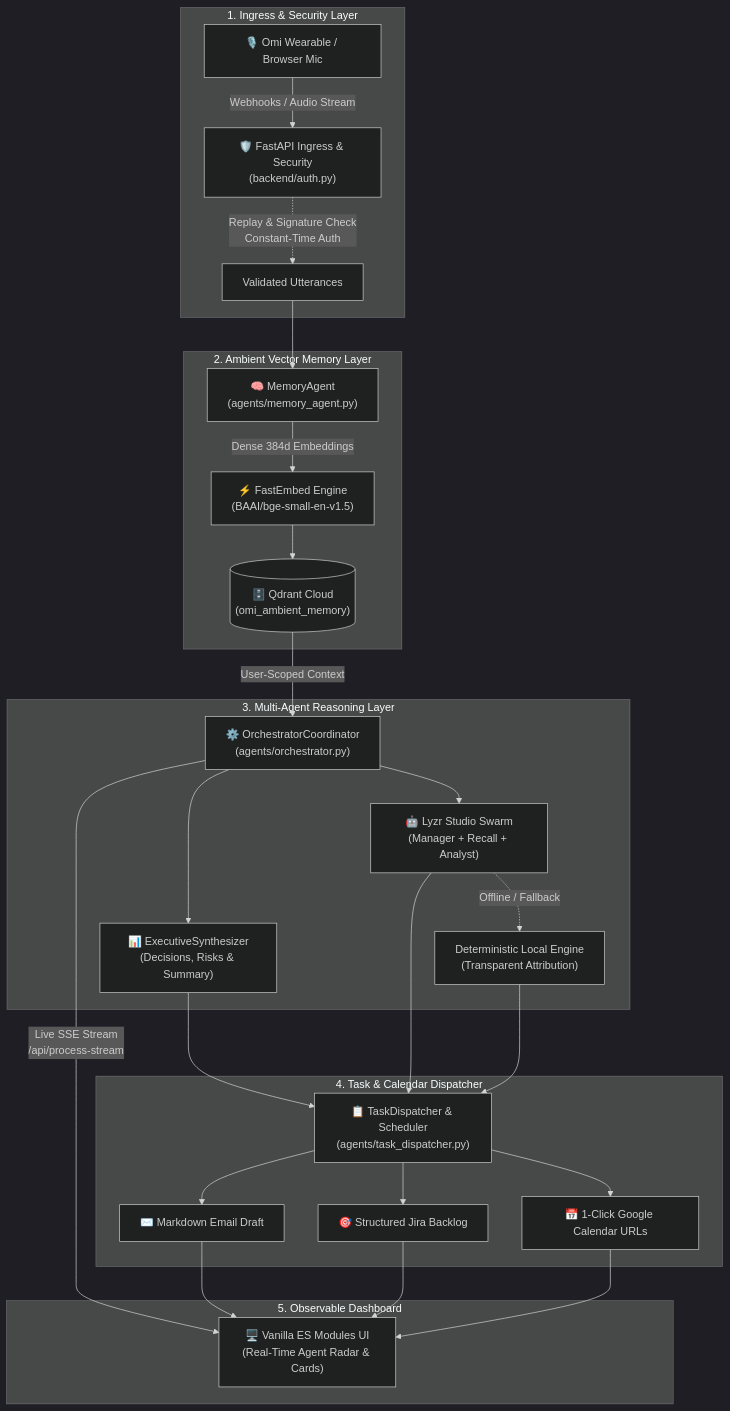
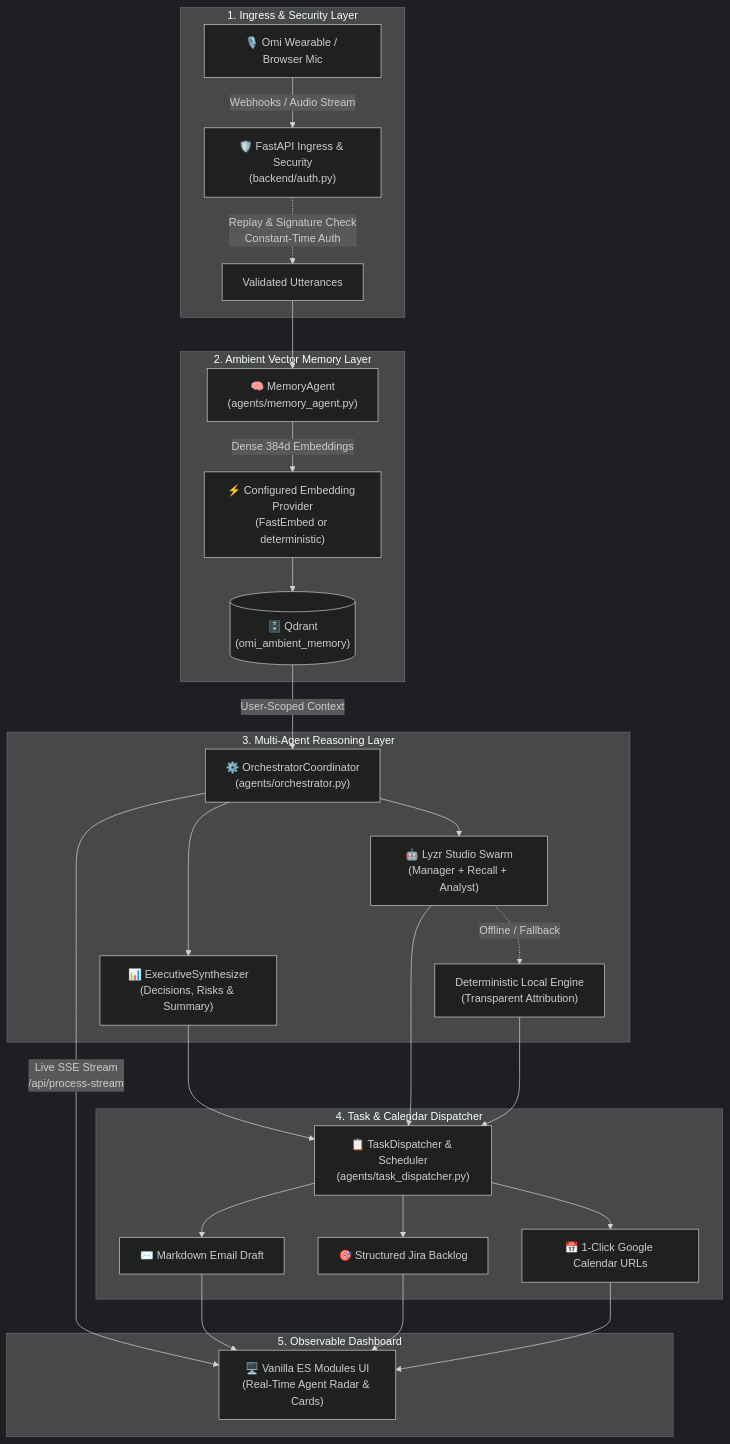
One commit to masood-mashu/omimind-agent changed the diagram in README.md. Above: the diagram before and after it, drawn with Mermaid (dark theme). The commit also changed other lines of this file and 17 other files, not shown here.

````diff
--- a/README.md
+++ b/README.md
@@ -35,34 +35,34 @@
 ```mermaid
 flowchart TD
     subgraph Ingress ["1. Ingress & Security Layer"]
         Omi["🎙️ Omi Wearable / Browser Mic"]
         AuthGate["🛡️ FastAPI Ingress & Security<br/>(backend/auth.py)"]
         Omi -->|Webhooks / Audio Stream| AuthGate
         AuthGate -.->|Replay & Signature Check<br/>Constant-Time Auth| Validated["Validated Utterances"]
     end
 
     subgraph MemoryLayer ["2. Ambient Vector Memory Layer"]
         Validated --> MemoryAgent["🧠 MemoryAgent<br/>(agents/memory_agent.py)"]
-        MemoryAgent -->|Dense 384d Embeddings| FastEmbed["⚡ FastEmbed Engine<br/>(BAAI/bge-small-en-v1.5)"]
-        FastEmbed --> Qdrant[("🗄️ Qdrant Cloud<br/>(omi_ambient_memory)")]
+        MemoryAgent -->|Dense 384d Embeddings| Embeddings["⚡ Configured Embedding Provider<br/>(FastEmbed or deterministic)"]
+        Embeddings --> Qdrant[("🗄️ Qdrant<br/>(omi_ambient_memory)")]
     end
 
     subgraph ReasoningLayer ["3. Multi-Agent Reasoning Layer"]
         Qdrant -->|User-Scoped Context| Orchestrator["⚙️ OrchestratorCoordinator<br/>(agents/orchestrator.py)"]
         Orchestrator --> Synth["📊 ExecutiveSynthesizer<br/>(Decisions, Risks & Summary)"]
         Orchestrator --> LyzrSwarm["🤖 Lyzr Studio Swarm<br/>(Manager + Recall + Analyst)"]
         LyzrSwarm -.->|Offline / Fallback| LocalEngine["Deterministic Local Engine<br/>(Transparent Attribution)"]
     end
 
     subgraph DispatchLayer ["4. Task & Calendar Dispatcher"]
         Synth & LyzrSwarm & LocalEngine --> Dispatcher["📋 TaskDispatcher & Scheduler<br/>(agents/task_dispatcher.py)"]
         Dispatcher --> EmailDraft["✉️ Markdown Email Draft"]
         Dispatcher --> JiraTickets["🎯 Structured Jira Backlog"]
         Dispatcher --> CalendarURL["📅 1-Click Google Calendar URLs"]
     end
 
     subgraph PresentationLayer ["5. Observable Dashboard"]
         Orchestrator -->|Live SSE Stream<br/>/api/process-stream| UI["🖥️ Vanilla ES Modules UI<br/>(Real-Time Agent Radar & Cards)"]
         EmailDraft & JiraTickets & CalendarURL --> UI
     end
 ```
````
